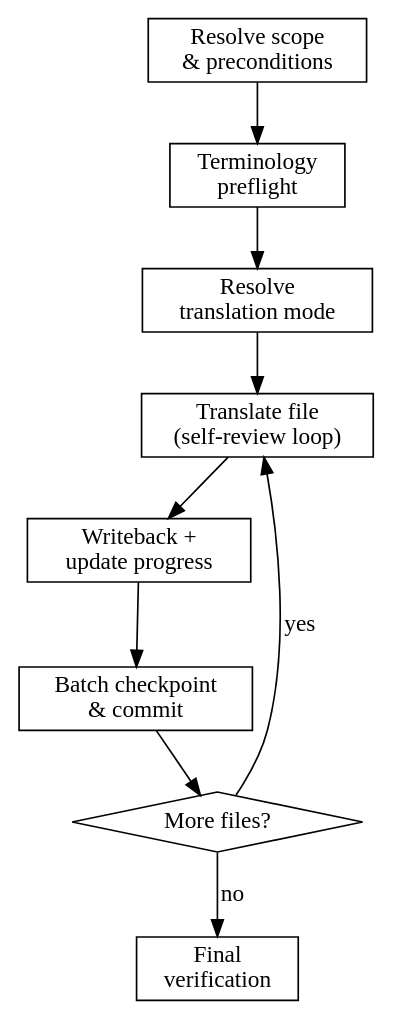
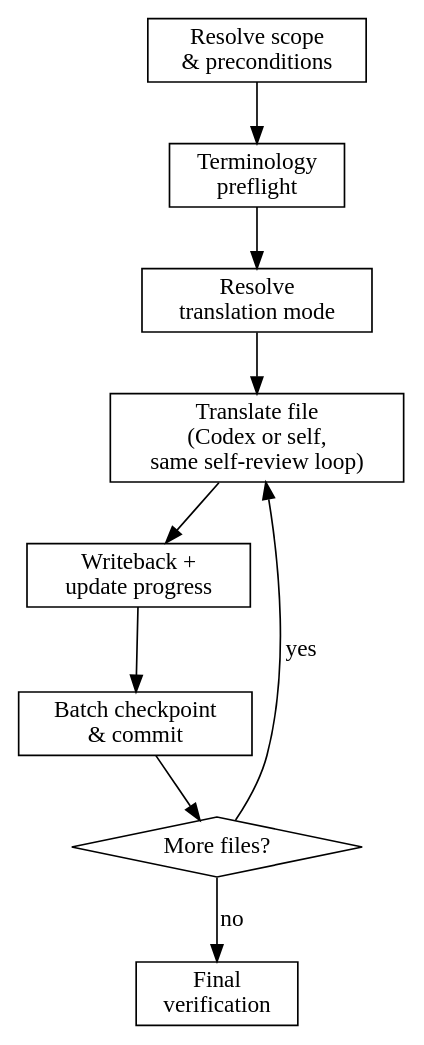
Before and after one commit to tool-jx3/game-doc-template: the diagram in .claude/skills/translate/SKILL.md, drawn with Graphviz. The commit also changed other lines of this file and 11 other files, not shown here.

````diff
--- a/.claude/skills/translate/SKILL.md
+++ b/.claude/skills/translate/SKILL.md
@@ -188,20 +192,20 @@
 ```dot
 digraph translate {
     rankdir=TB;
     scope [label="Resolve scope\n& preconditions", shape=box];
     preflight [label="Terminology\npreflight", shape=box];
     mode [label="Resolve\ntranslation mode", shape=box];
-    translate [label="Translate file\n(self-review loop)", shape=box];
+    translate [label="Translate file\n(Codex or self,\nsame self-review loop)", shape=box];
     writeback [label="Writeback +\nupdate progress", shape=box];
     checkpoint [label="Batch checkpoint\n& commit", shape=box];
     more [label="More files?", shape=diamond];
     verify [label="Final\nverification", shape=box];
 
     scope -> preflight -> mode -> translate;
     translate -> writeback;
     writeback -> checkpoint;
     checkpoint -> more;
     more -> translate [label="yes"];
     more -> verify [label="no"];
 }
 ```
````
